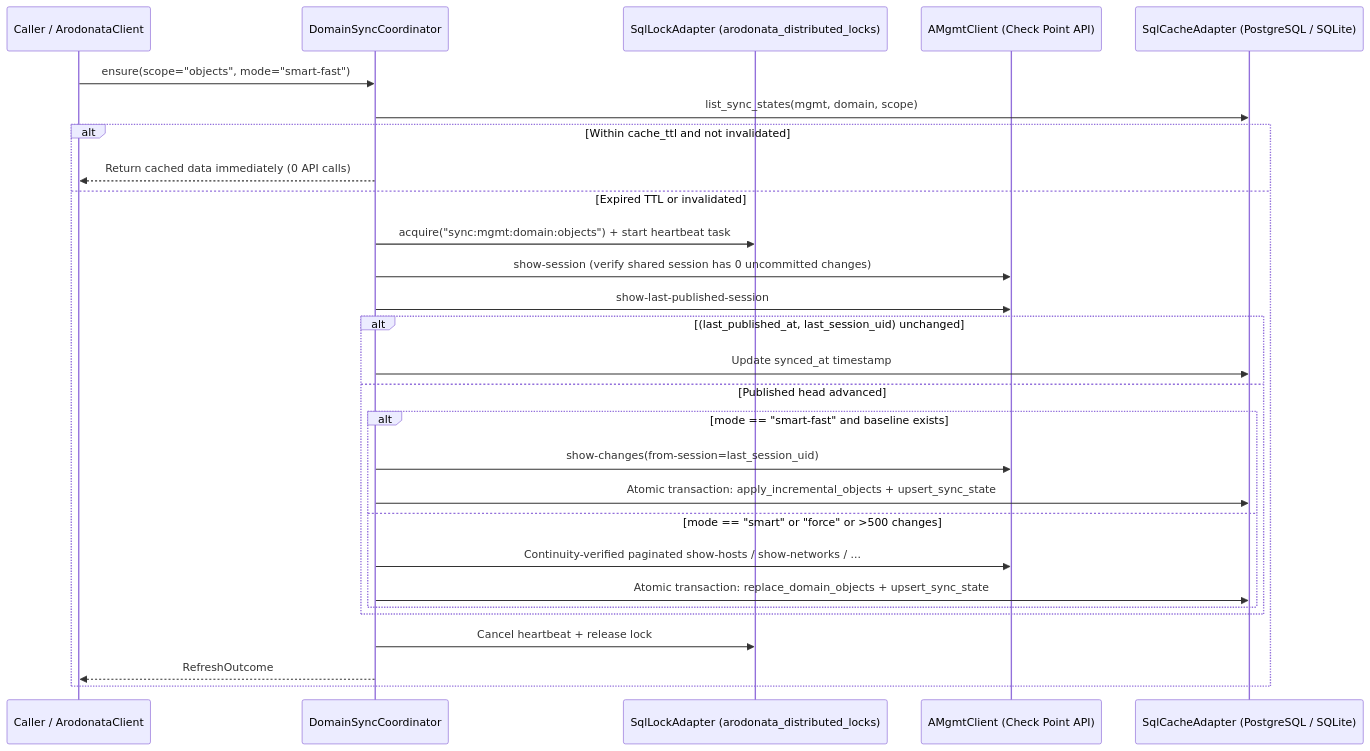
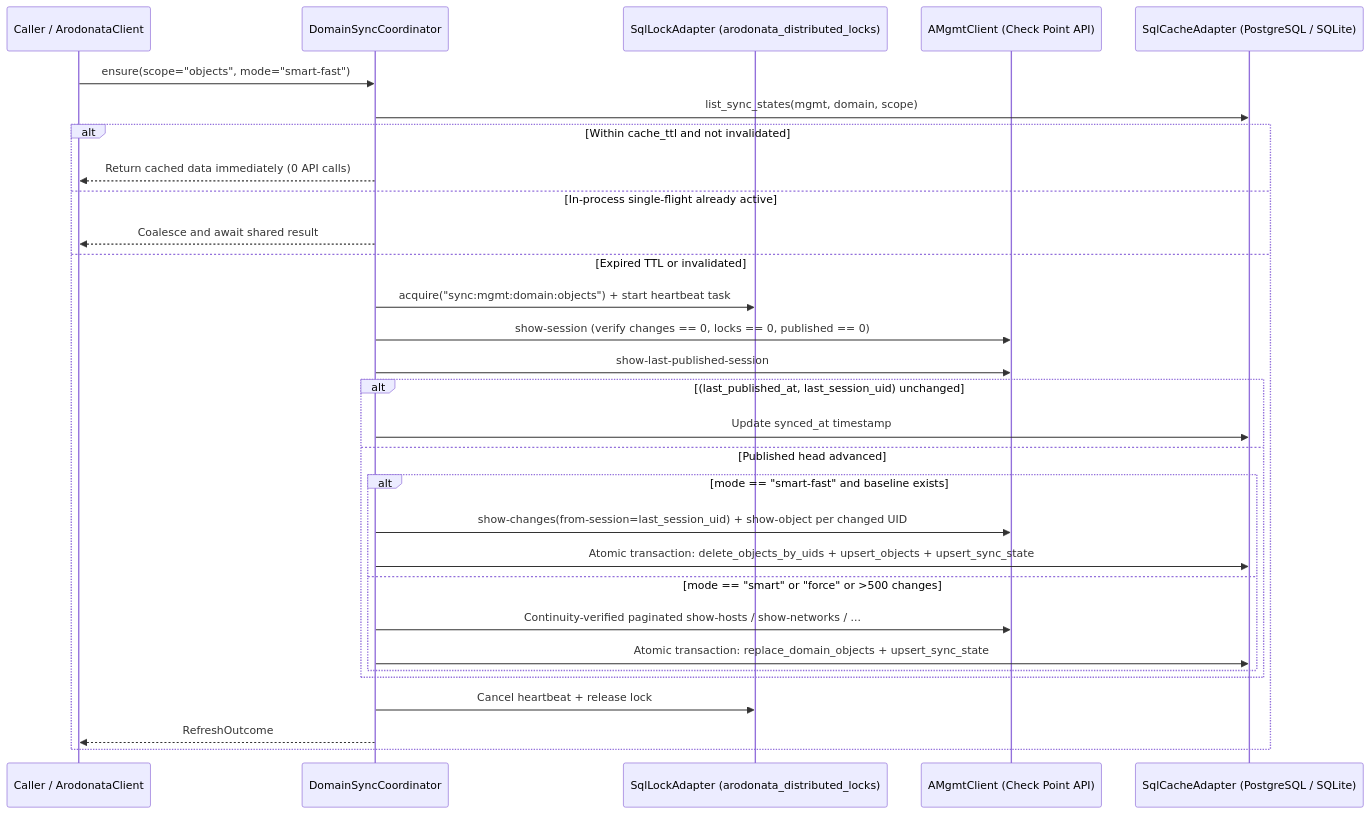
The diagram in docs/architecture/caching-and-sync.md (chkp-antonr/arodonata), drawn with Mermaid before and after one commit. The commit also changed other lines of this file and 114 other files, not shown here.

First line of the commit message:
fix(core,cpcrud,mcp,reports,specs): adopt traceable OpenSpec schema, resolve Phase 1b audit findings, and achieve 100% spec coverage (#94)

````diff
--- a/docs/architecture/caching-and-sync.md
+++ b/docs/architecture/caching-and-sync.md
@@ -16,31 +16,33 @@
 ```mermaid
 sequenceDiagram
     participant Caller as Caller / ArodonataClient
     participant Coord as DomainSyncCoordinator
     participant Lock as SqlLockAdapter (arodonata_distributed_locks)
     participant API as AMgmtClient (Check Point API)
     participant Cache as SqlCacheAdapter (PostgreSQL / SQLite)
 
     Caller->>Coord: ensure(scope="objects", mode="smart-fast")
     Coord->>Cache: list_sync_states(mgmt, domain, scope)
     alt Within cache_ttl and not invalidated
         Coord-->>Caller: Return cached data immediately (0 API calls)
+    else In-process single-flight already active
+        Coord-->>Caller: Coalesce and await shared result
     else Expired TTL or invalidated
         Coord->>Lock: acquire("sync:mgmt:domain:objects") + start heartbeat task
-        Coord->>API: show-session (verify shared session has 0 uncommitted changes)
+        Coord->>API: show-session (verify changes == 0, locks == 0, published == 0)
         Coord->>API: show-last-published-session
         alt (last_published_at, last_session_uid) unchanged
             Coord->>Cache: Update synced_at timestamp
         else Published head advanced
             alt mode == "smart-fast" and baseline exists
-                Coord->>API: show-changes(from-session=last_session_uid)
-                Coord->>Cache: Atomic transaction: apply_incremental_objects + upsert_sync_state
+                Coord->>API: show-changes(from-session=last_session_uid) + show-object per changed UID
+                Coord->>Cache: Atomic transaction: delete_objects_by_uids + upsert_objects + upsert_sync_state
             else mode == "smart" or "force" or >500 changes
                 Coord->>API: Continuity-verified paginated show-hosts / show-networks / ...
                 Coord->>Cache: Atomic transaction: replace_domain_objects + upsert_sync_state
             end
         end
         Coord->>Lock: Cancel heartbeat + release lock
         Coord-->>Caller: RefreshOutcome
     end
 ```
````
